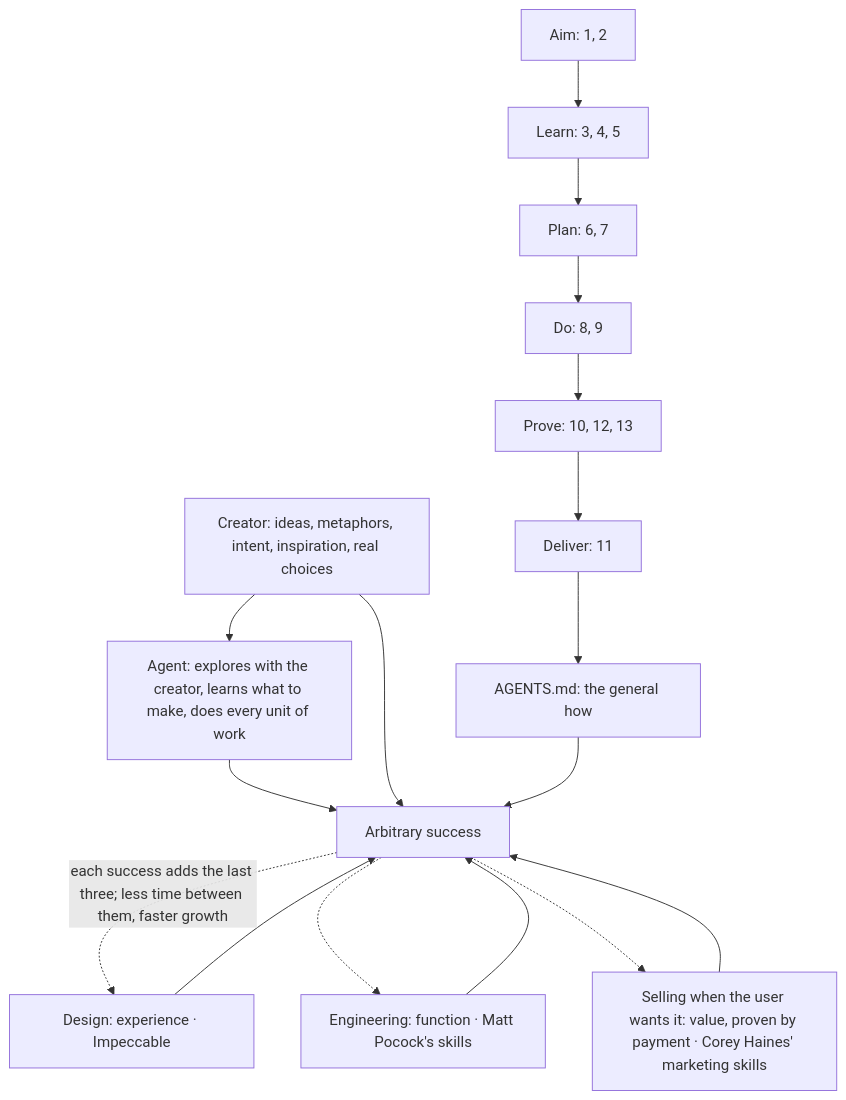
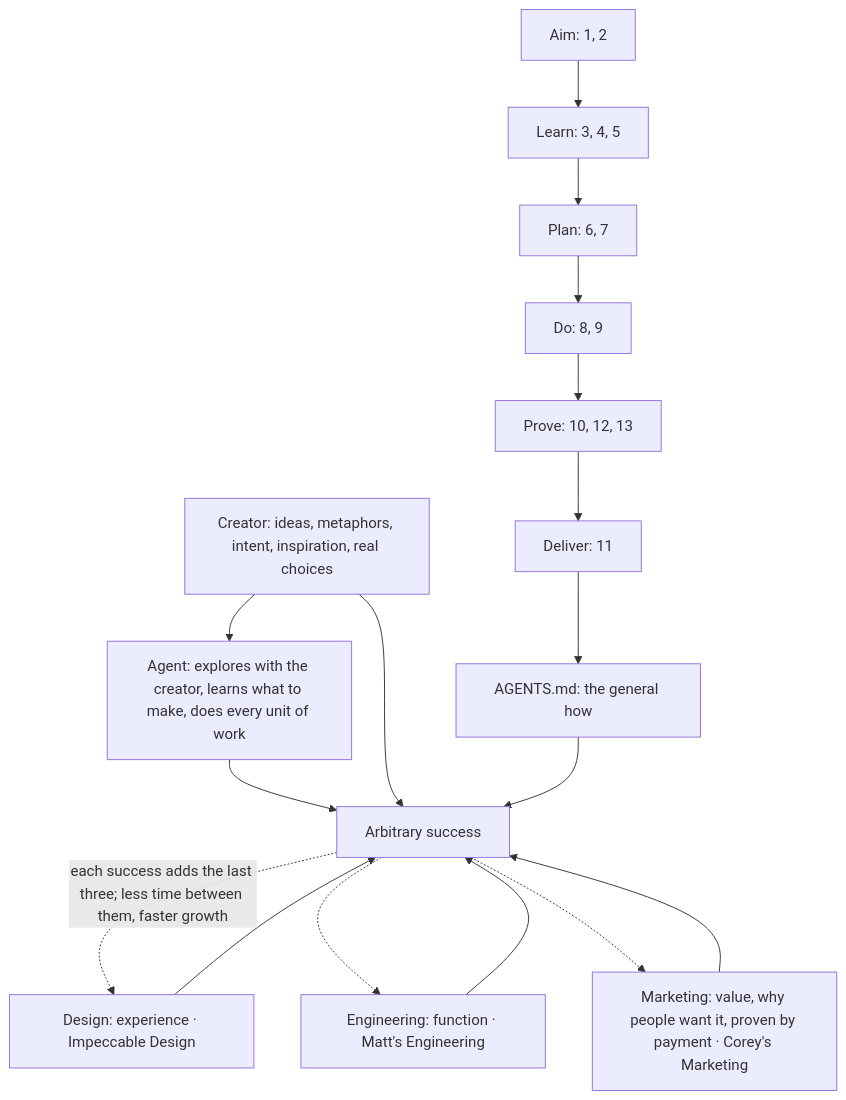
The first of 14 diagrams in AGENTS.md (SolenixAI/arbiter), drawn with Mermaid before and after one commit. The commit also changed other lines of this file, not shown here.

First line of the commit message:
fix(agents): fewer hard stops, latency in epoch ms, Marketing as the third side

````diff
--- a/AGENTS.md
+++ b/AGENTS.md
@@ -22,14 +22,14 @@
 ```mermaid
 flowchart TD
   A[Aim: 1, 2] --> L[Learn: 3, 4, 5] --> P[Plan: 6, 7] --> D[Do: 8, 9] --> V[Prove: 10, 12, 13] --> O[Deliver: 11] --> F[AGENTS.md: the general how]
   CR[Creator: ideas, metaphors, intent, inspiration, real choices] --> AG[Agent: explores with the creator, learns what to make, does every unit of work]
   AG --> S[Arbitrary success]
   CR --> S
   F --> S
-  DS[Design: experience · Impeccable] --> S
-  EG[Engineering: function · Matt Pocock's skills] --> S
-  SL[Selling when the user wants it: value, proven by payment · Corey Haines' marketing skills] --> S
+  DS[Design: experience · Impeccable Design] --> S
+  EG[Engineering: function · Matt's Engineering] --> S
+  SL[Marketing: value, why people want it, proven by payment · Corey's Marketing] --> S
   S -.->|each success adds the last three; less time between them, faster growth| DS
   S -.-> EG
   S -.-> SL
 ```
````
